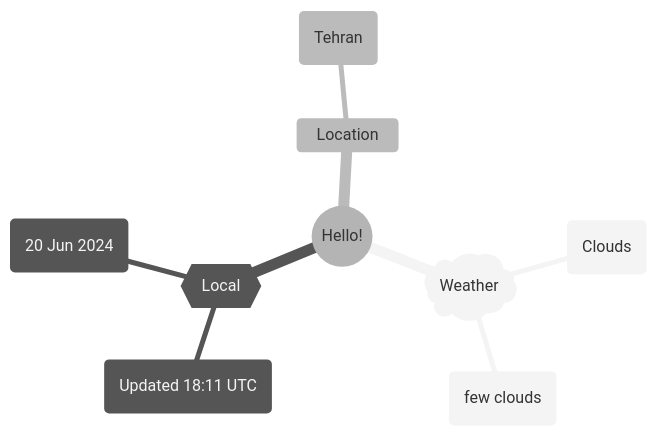
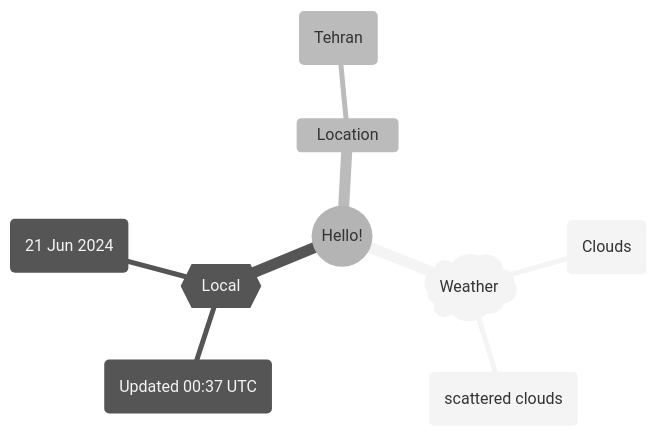
One commit to Xosrov/Xosrov changed the first of 2 diagrams in README.md. Above: the diagram before and after it, drawn with Mermaid (neutral theme).

Commit message:
[bot] updated images

````diff
--- a/README.md
+++ b/README.md
@@ -3,12 +3,12 @@
 ```mermaid
 mindmap
   root((Hello!))
     )Weather(
         (Clouds)
-        (few clouds)
+        (scattered clouds)
     {{Local}}
-        (Updated 18:11 UTC)
-        (20 Jun 2024)
+        (Updated 00:37 UTC)
+        (21 Jun 2024)
     Location
         (Tehran)
 ```
````
